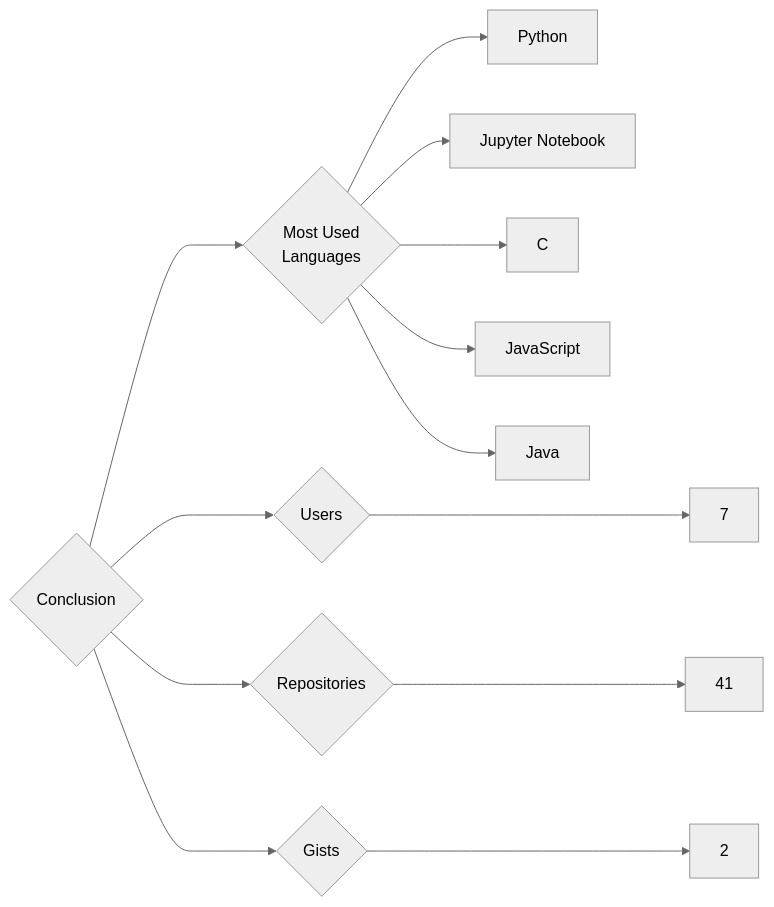
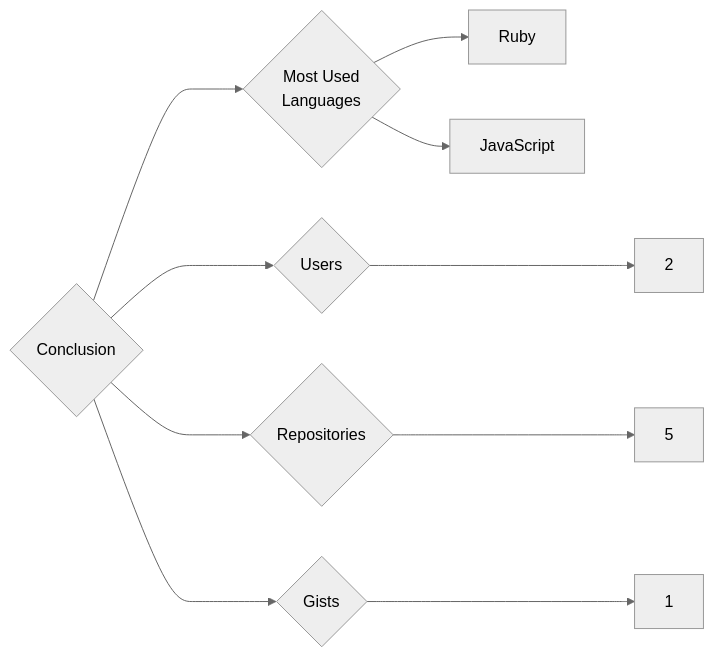
Before and after one commit to trickest/insiders: the diagram in targets/Conclusion/README.md, drawn with Mermaid (neutral theme). The commit also changed 880 other files, not shown here.

````diff
--- a/targets/Conclusion/README.md
+++ b/targets/Conclusion/README.md
@@ -3,13 +3,10 @@
 ```mermaid
 graph LR
 COMPANY_NAME{Conclusion}
-COMPANY_NAME ---> U{Users} ---> UN[7]
-COMPANY_NAME ---> R{Repositories} ---> RN[41]
-COMPANY_NAME ---> G{Gists} ---> GN[2]
+COMPANY_NAME ---> U{Users} ---> UN[2]
+COMPANY_NAME ---> R{Repositories} ---> RN[5]
+COMPANY_NAME ---> G{Gists} ---> GN[1]
 COMPANY_NAME ---> ML{Most Used<br>Languages}
-ML --> Python[Python]
-ML --> Jupyter_Notebook[Jupyter Notebook]
-ML --> C[C]
+ML --> Ruby[Ruby]
 ML --> JavaScript[JavaScript]
-ML --> Java[Java]
 ```
````
